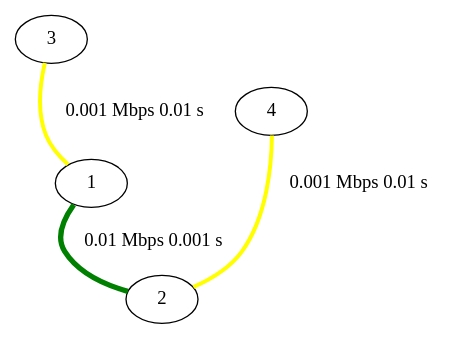
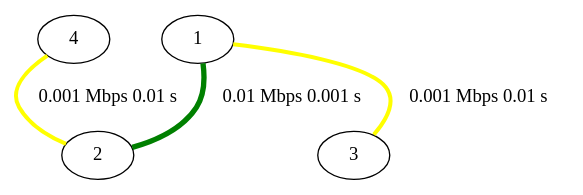
One commit to nonononoka/ntSimulator changed the diagram in network.gv. Above: the diagram before and after it, drawn with Graphviz. The commit also changed other lines of this file and 3 other files, not shown here.

```diff
--- a/network.gv
+++ b/network.gv
@@ -1,30 +1,30 @@
 strict graph {
 
-
-	"3" [  weight=0 ];
-
-	"3" -- "1" [ color="yellow", label="0.001 Mbps 0.01 s
-", penwidth="3.00",  weight=0 ];
 
 	"4" [  weight=0 ];
 
 	"4" -- "2" [ color="yellow", label="0.001 Mbps 0.01 s
 ", penwidth="3.00",  weight=0 ];
 
 	"1" [  weight=0 ];
 
+	"1" -- "2" [ color="green", label="0.01 Mbps 0.001 s
+", penwidth="4.00",  weight=0 ];
+
 	"1" -- "3" [ color="yellow", label="0.001 Mbps 0.01 s
 ", penwidth="3.00",  weight=0 ];
-
-	"1" -- "2" [ color="green", label="0.01 Mbps 0.001 s
-", penwidth="4.00",  weight=0 ];
 
 	"2" [  weight=0 ];
 
 	"2" -- "1" [ color="green", label="0.01 Mbps 0.001 s
 ", penwidth="4.00",  weight=0 ];
 
 	"2" -- "4" [ color="yellow", label="0.001 Mbps 0.01 s
 ", penwidth="3.00",  weight=0 ];
 
+	"3" [  weight=0 ];
+
+	"3" -- "1" [ color="yellow", label="0.001 Mbps 0.01 s
+", penwidth="3.00",  weight=0 ];
+
 }
```
